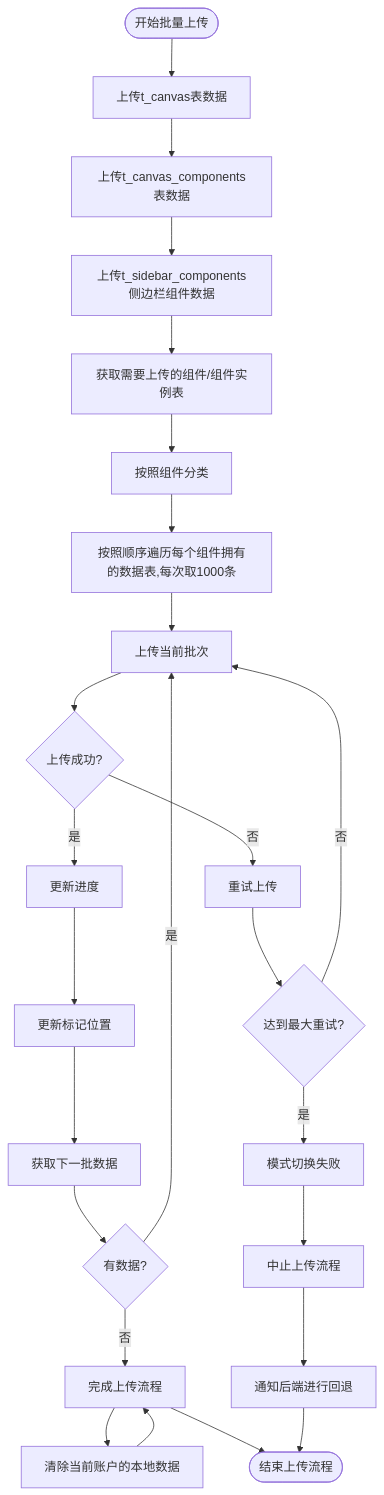
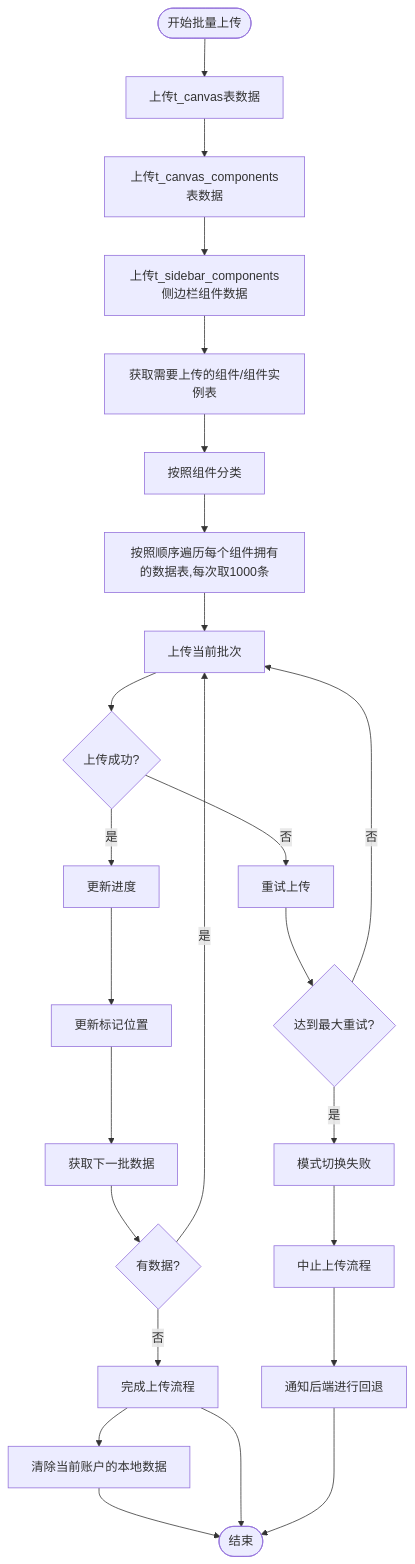
The diagram in all/未命名-51.md (yingjianzh/iodraw-files), drawn with Mermaid before and after one commit.

Commit message:
2025-05-08 17:41:17 update

````diff
--- a/all/未命名-51.md
+++ b/all/未命名-51.md
@@ -1,34 +1,34 @@
 ```mermaid
 flowchart TD
     Start([开始批量上传]) --> UploadSpaceData[上传t_canvas表数据]
     UploadSpaceData --> UploadComponentListData[上传t_canvas_components表数据]
     UploadComponentListData --> UploadSiderComponent[上传t_sidebar_components侧边栏组件数据]
     UploadSiderComponent --> FetchData[获取需要上传的组件/组件实例表]
     FetchData --> ClassifyData[按照组件分类]
     ClassifyData --> UploadData[按照顺序遍历每个组件拥有的数据表,每次取1000条]
     UploadData --> UploadBatch[上传当前批次]
     
     UpdateProgress --> UpdateMarker[更新标记位置]
     UpdateMarker --> FetchNextBatch[获取下一批数据]
     
     FetchNextBatch --> CheckResults{有数据?}
     CheckResults -->|否| CompleteUpload[完成上传流程]
     CheckResults -->|是| UploadBatch
 
     
     UploadBatch --> UploadSuccess{上传成功?}
     UploadSuccess -->|是| UpdateProgress[更新进度]
     UploadSuccess -->|否| RetryUpload[重试上传]
     
     RetryUpload --> MaxRetries{达到最大重试?}
     MaxRetries -->|否| UploadBatch
     MaxRetries -->|是| ErrorHandling[模式切换失败]
     
     ErrorHandling --> AbortProcess[中止上传流程]
     AbortProcess --> ReportError[通知后端进行回退]
     
     CompleteUpload --> DeleteLocalData[清除当前账户的本地数据]
-    DeleteLocalData --> 
-    CompleteUpload --> End([结束上传流程])
+    DeleteLocalData --> End
+    CompleteUpload --> End([结束])
     ReportError --> End
 ```
````
